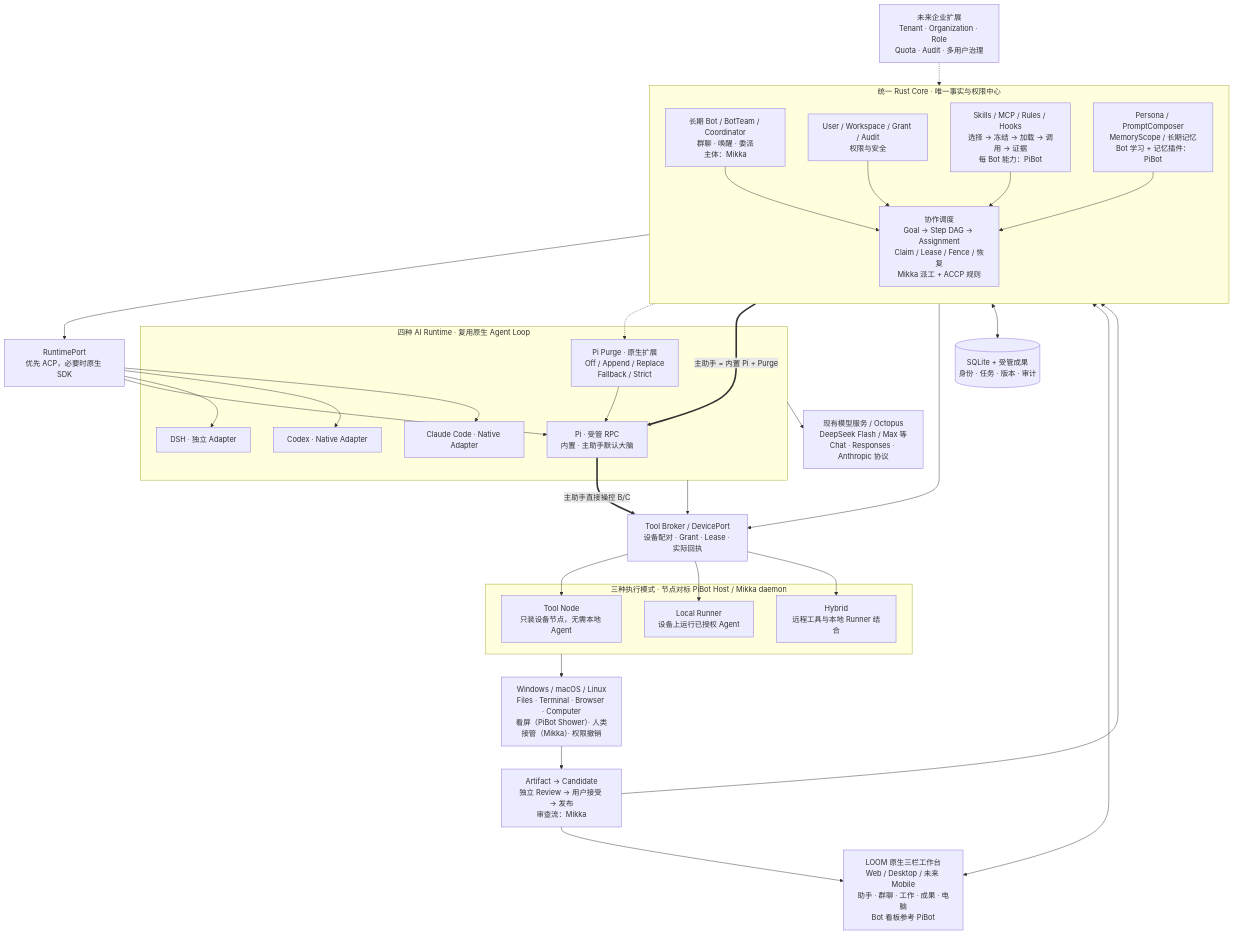
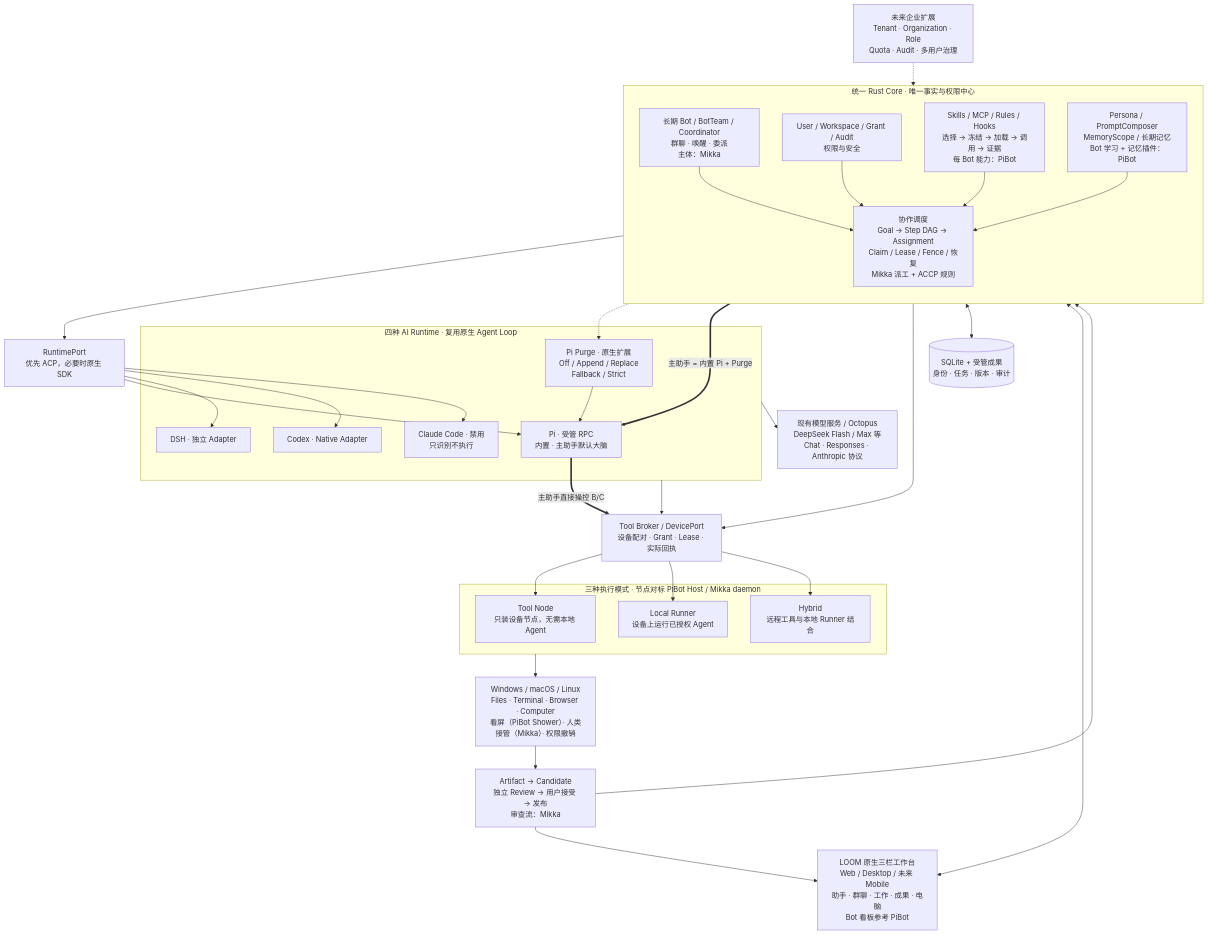
One commit to zhizhishu/loom-ai changed the diagram in docs/loom/LOOM-ARCHITECTURE.md. Above: the diagram before and after it, drawn with Mermaid. The commit also changed other lines of this file and 2 other files, not shown here.

Commit message:
docs(loom): Claude Code disabled, wholesale reuse allowed, develop in DE-BERO sandbox

````diff
--- a/docs/loom/LOOM-ARCHITECTURE.md
+++ b/docs/loom/LOOM-ARCHITECTURE.md
@@ -32,63 +33,63 @@
 ```mermaid
 flowchart TB
     UI["LOOM 原生三栏工作台<br/>Web / Desktop / 未来 Mobile<br/>助手 · 群聊 · 工作 · 成果 · 电脑<br/>Bot 看板参考 PiBot"]
 
     subgraph CORE["统一 Rust Core · 唯一事实与权限中心"]
         direction TB
         BOT["长期 Bot / BotTeam / Coordinator<br/>群聊 · 唤醒 · 委派<br/>主体：Mikka"]
         WORK["协作调度<br/>Goal → Step DAG → Assignment<br/>Claim / Lease / Fence / 恢复<br/>Mikka 派工 + ACCP 规则"]
         POLICY["User / Workspace / Grant / Audit<br/>权限与安全"]
         CAP["Skills / MCP / Rules / Hooks<br/>选择 → 冻结 → 加载 → 调用 → 证据<br/>每 Bot 能力：PiBot"]
         MEM["Persona / PromptComposer<br/>MemoryScope / 长期记忆<br/>Bot 学习 + 记忆插件：PiBot"]
         BOT --> WORK
         POLICY --> WORK
         CAP --> WORK
         MEM --> WORK
     end
 
     DB[("SQLite + 受管成果<br/>身份 · 任务 · 版本 · 审计")]
     UI <--> BOT
     CORE <--> DB
 
     RP["RuntimePort<br/>优先 ACP，必要时原生 SDK"]
     WORK --> RP
 
     subgraph RUNTIME["四种 AI Runtime · 复用原生 Agent Loop"]
         PI["Pi · 受管 RPC<br/>内置 · 主助手默认大脑"]
         PURGE["Pi Purge · 原生扩展<br/>Off / Append / Replace<br/>Fallback / Strict"]
         DSH["DSH · 独立 Adapter"]
         CODEX["Codex · Native Adapter"]
-        CLAUDE["Claude Code · Native Adapter"]
+        CLAUDE["Claude Code · 禁用<br/>只识别不执行"]
         PURGE --> PI
     end
 
     RP --> PI & DSH & CODEX & CLAUDE
     MEM -.-> PURGE
     BOT ==>|"主助手 = 内置 Pi + Purge"| PI
 
     MODELS["现有模型服务 / Octopus<br/>DeepSeek Flash / Max 等<br/>Chat · Responses · Anthropic 协议"]
     RUNTIME --> MODELS
 
     BROKER["Tool Broker / DevicePort<br/>设备配对 · Grant · Lease · 实际回执"]
     POLICY --> BROKER
     RUNTIME --> BROKER
     PI ==>|"主助手直接操控 B/C"| BROKER
 
     subgraph EXEC["三种执行模式 · 节点对标 PiBot Host / Mikka daemon"]
         T["Tool Node<br/>只装设备节点，无需本地 Agent"]
         L["Local Runner<br/>设备上运行已授权 Agent"]
         H["Hybrid<br/>远程工具与本地 Runner 结合"]
     end
     BROKER --> T & L & H
 
     DEV["Windows / macOS / Linux<br/>Files · Terminal · Browser · Computer<br/>看屏（PiBot Shower）· 人类接管（Mikka）· 权限撤销"]
     EXEC --> DEV
 
     ART["Artifact → Candidate<br/>独立 Review → 用户接受 → 发布<br/>审查流：Mikka"]
     DEV --> ART
     ART --> WORK
     ART --> UI
 
     ENT["未来企业扩展<br/>Tenant · Organization · Role<br/>Quota · Audit · 多用户治理"]
     ENT -.-> POLICY
 ```
````
